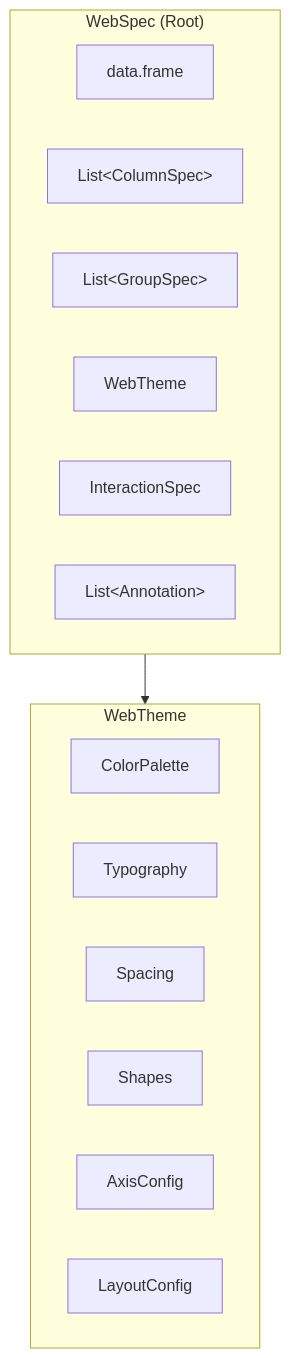
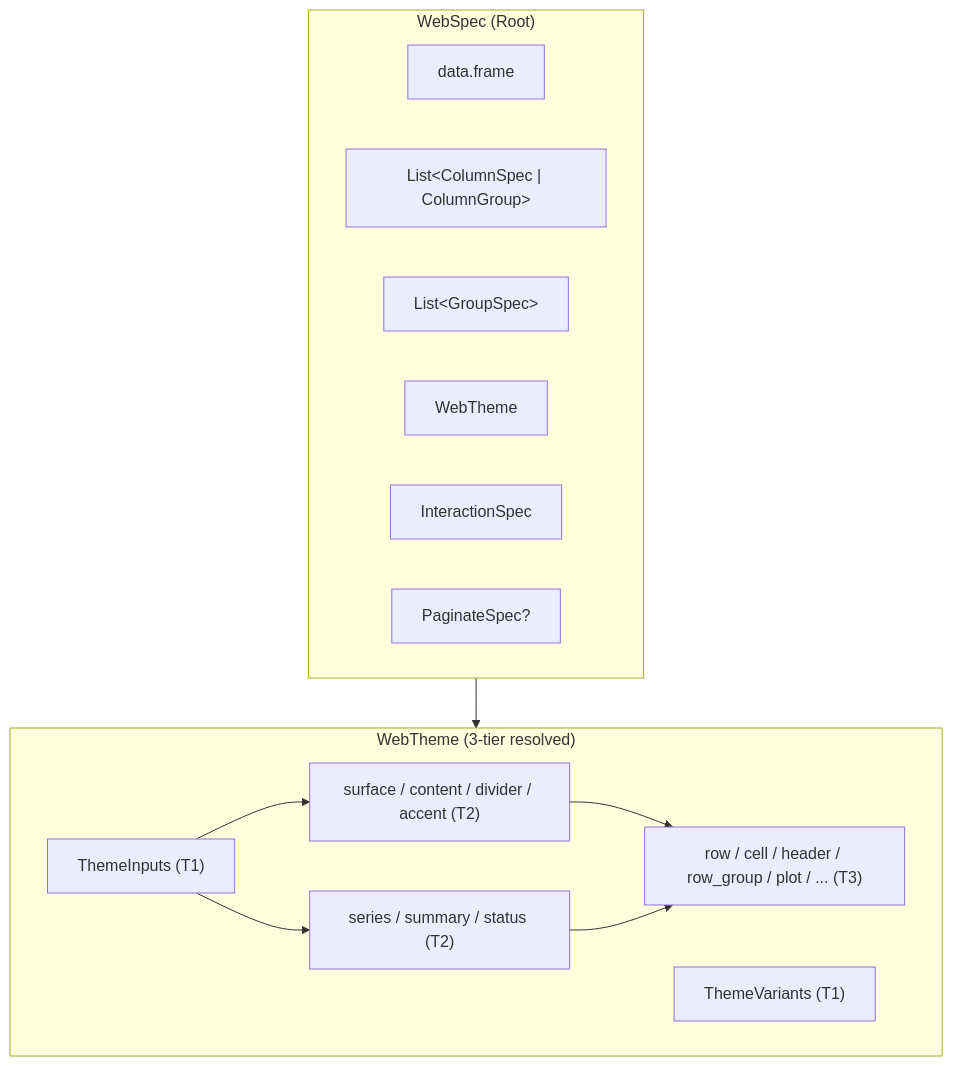
One commit to kaskarn/tabviz changed the first of 2 diagrams in docs/deep-dives/architecture.qmd. Above: the diagram before and after it, drawn with Mermaid. The commit also changed other lines of this file and 2 other files, not shown here.

````diff
--- a/docs/deep-dives/architecture.qmd
+++ b/docs/deep-dives/architecture.qmd
@@ -22,22 +22,25 @@
 ```{mermaid}
 flowchart TB
     subgraph WebSpec["WebSpec (Root)"]
         data["data.frame"]
-        columns["List&lt;ColumnSpec&gt;"]
+        columns["List&lt;ColumnSpec | ColumnGroup&gt;"]
         groups["List&lt;GroupSpec&gt;"]
         theme["WebTheme"]
         interaction["InteractionSpec"]
-        annotations["List&lt;Annotation&gt;"]
+        paginate["PaginateSpec?"]
     end
 
-    subgraph Theme["WebTheme"]
-        colors["ColorPalette"]
-        typography["Typography"]
-        spacing["Spacing"]
-        shapes["Shapes"]
-        axis["AxisConfig"]
-        layout["LayoutConfig"]
+    subgraph Theme["WebTheme (3-tier resolved)"]
+        inputs["ThemeInputs (T1)"]
+        variants["ThemeVariants (T1)"]
+        chrome["surface / content / divider / accent (T2)"]
+        data2["series / summary / status (T2)"]
+        clusters["row / cell / header / row_group / plot / ... (T3)"]
     end
 
     WebSpec --> Theme
+    inputs --> chrome
+    inputs --> data2
+    chrome --> clusters
+    data2 --> clusters
 ```
````
